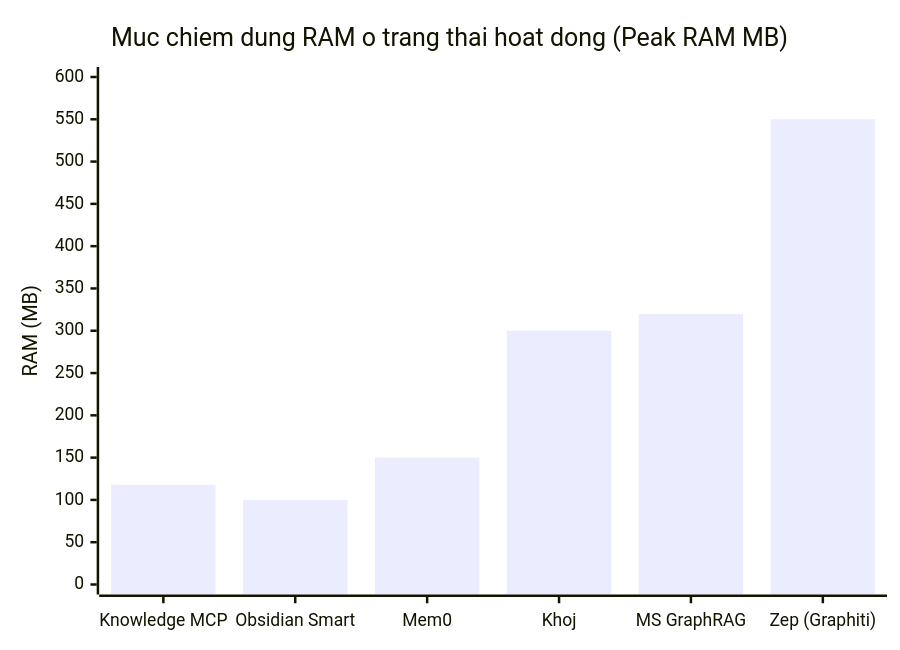
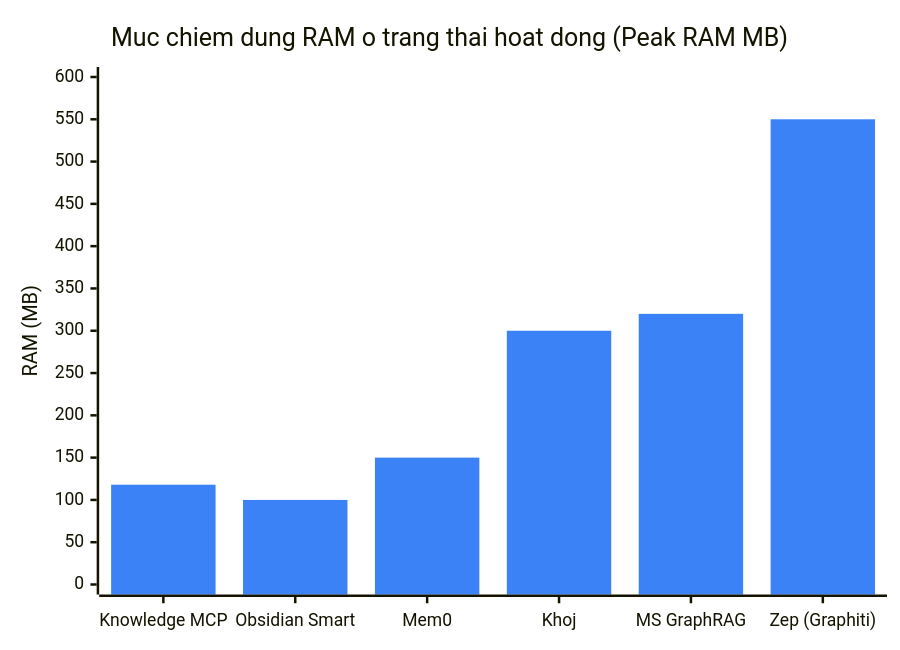
The fourth of 5 diagrams in BENCHMARK_REPORT.md (congtuuit/knowledge-mcp), drawn with Mermaid before and after one commit. The commit also changed other lines of this file and 1 other file, not shown here.

````diff
--- a/BENCHMARK_REPORT.md
+++ b/BENCHMARK_REPORT.md
@@ -73,7 +75,8 @@
 ```mermaid
+%%{init: { "themeVariables": { "xyChart": { "plotColorPalette": "#3b82f6" } } } }%%
 xychart-beta
     title "Muc chiem dung RAM o trang thai hoat dong (Peak RAM MB)"
     x-axis ["Knowledge MCP", "Obsidian Smart", "Mem0", "Khoj", "MS GraphRAG", "Zep (Graphiti)"]
     y-axis "RAM (MB)" 0 --> 600
     bar [118, 100, 150, 300, 320, 550]
 ```
````
